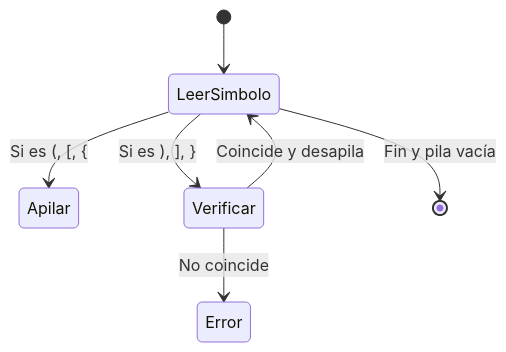
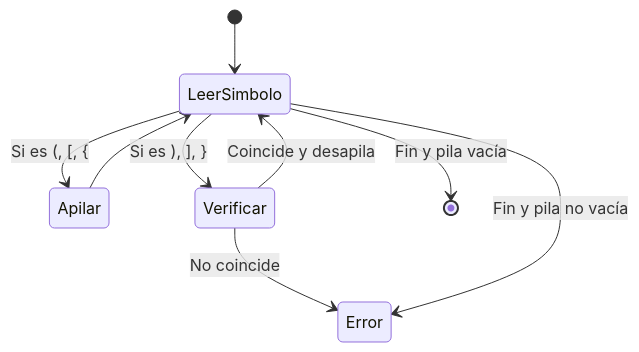
One commit to djaimej/computer-science-template changed the third of 3 diagrams in public/documents/semester-2/2/2273.md. Above: the diagram before and after it, drawn with Mermaid. The commit also changed other lines of this file and 44 other files, not shown here.

````diff
--- a/public/documents/semester-2/2/2273.md
+++ b/public/documents/semester-2/2/2273.md
@@ -159,9 +159,11 @@
 ```mermaid
 stateDiagram
     [*] --> LeerSimbolo
     LeerSimbolo --> Apilar : Si es (, [, {
+    Apilar --> LeerSimbolo
     LeerSimbolo --> Verificar : Si es ), ], }
     Verificar --> Error : No coincide
     Verificar --> LeerSimbolo : Coincide y desapila
     LeerSimbolo --> [*] : Fin y pila vacía
+    LeerSimbolo --> Error : Fin y pila no vacía
 ```
````
